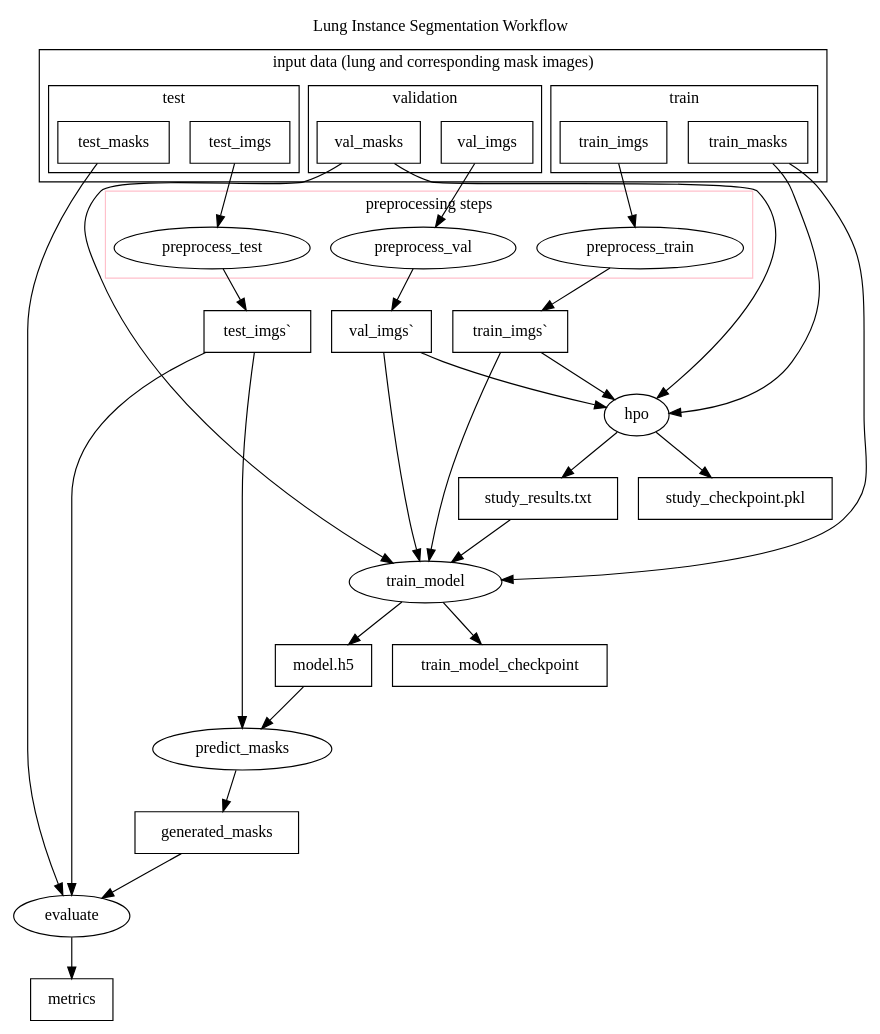
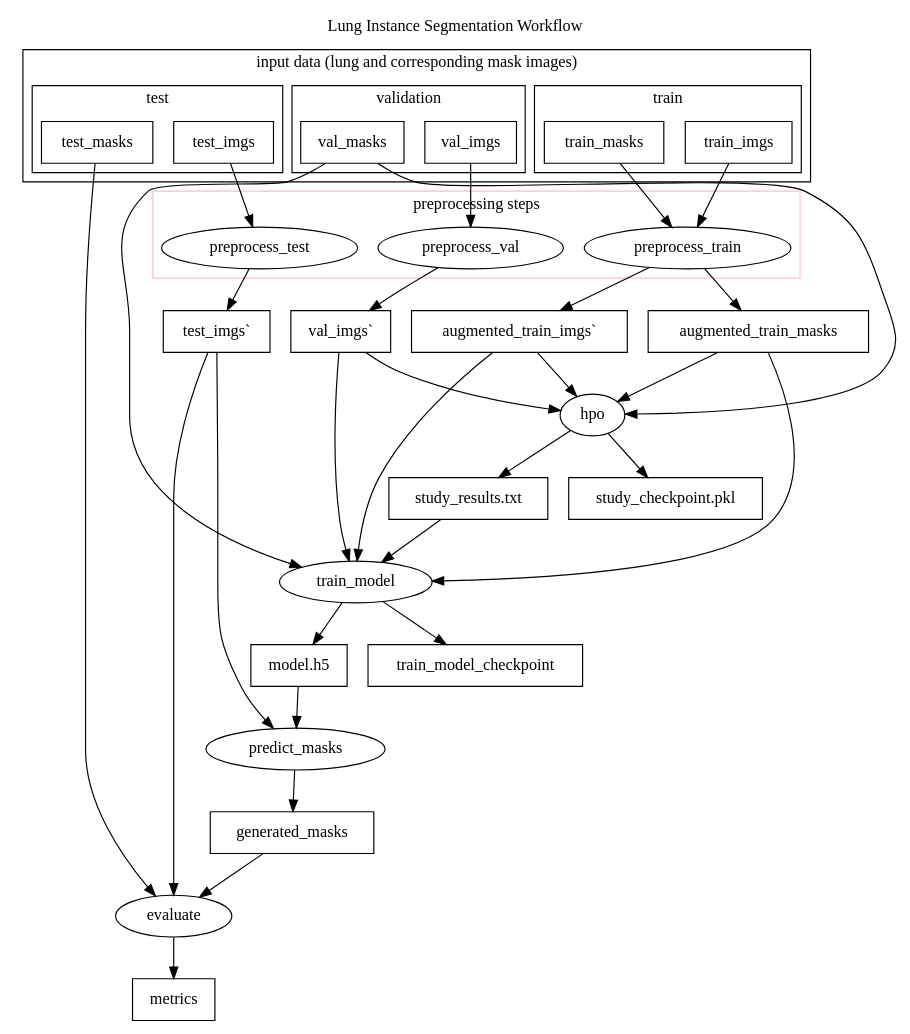
Before and after one commit to pegasus-isi/lung-instance-segmentation-workflow: the diagram in graph.dot, drawn with Graphviz.

```diff
--- a/graph.dot
+++ b/graph.dot
@@ -1,95 +1,104 @@
 digraph G {
     label = "Lung Instance Segmentation Workflow"
     labelloc="t"
     labelfontsize=20.0
     subgraph cluster_preprocessing {
 
         preprocess_train
         preprocess_val
         preprocess_test
 
         label="preprocessing steps";
         color=pink;
     }
     
     subgraph cluster_input {
         subgraph cluster_train {
             train_imgs
             train_masks
             label="train"
         }
         
         subgraph cluster_val {
             val_imgs
             val_masks
             label="validation"
         }
         
         subgraph cluster_test {
             test_imgs
             test_masks
             label="test"
         }
         
         label="input data (lung and corresponding mask images)"
     }
     
     subgraph cluster_processed_images {
-        "train_imgs`";
+
         "val_imgs`";
         "test_imgs`";
         label="";
         color=white;
+        
+        subgraph cluster_augmented {
+            "augmented_train_imgs`";
+            "augmented_train_masks"
+        }
     }
 
     train_imgs -> preprocess_train;
+    train_masks -> preprocess_train
+    
     val_imgs -> preprocess_val;
     test_imgs -> preprocess_test;
     
-    preprocess_train -> "train_imgs`";
+    preprocess_train -> "augmented_train_imgs`";
+    preprocess_train -> "augmented_train_masks"
     preprocess_val -> "val_imgs`";
     preprocess_test -> "test_imgs`";
 
     train_imgs [shape=box]
     val_imgs [shape=box]
     test_imgs [shape=box]
     train_masks [shape=box]
     val_masks [shape=box]
     test_masks [shape=box]
-    "train_imgs`" [shape=box]
+    "augmented_train_imgs`" [shape=box]
     "val_imgs`" [shape=box]
     "test_imgs`" [shape=box]
+    "augmented_train_masks" [shape=box]
     generated_masks [shape=box]
     metrics [shape=box]
     "study_results.txt" [shape=box]
     "study_checkpoint.pkl" [shape=box]
     "model.h5" [shape=box]
     train_model_checkpoint [shape=box]
     
-    "train_imgs`" -> train_model
+    "augmented_train_imgs`" -> train_model
     "val_imgs`" -> train_model
-    "train_masks" -> train_model
+    "augmented_train_masks" -> train_model
     "val_masks" -> train_model
     
-    "train_imgs`" -> hpo
+    "augmented_train_imgs`" -> hpo
     "val_imgs`" -> hpo
-    "train_masks" -> hpo
+    "augmented_train_masks" -> hpo
     "val_masks" -> hpo
 
 
     "test_imgs`" -> predict_masks
     predict_masks -> generated_masks
     generated_masks -> evaluate
     test_masks -> evaluate
     "test_imgs`" -> evaluate
     evaluate -> metrics
     
     hpo -> "study_results.txt"
     hpo -> "study_checkpoint.pkl"
     "study_results.txt" -> train_model
     train_model -> "model.h5"
     train_model -> train_model_checkpoint
     
     "model.h5" -> predict_masks
 
 }
```
